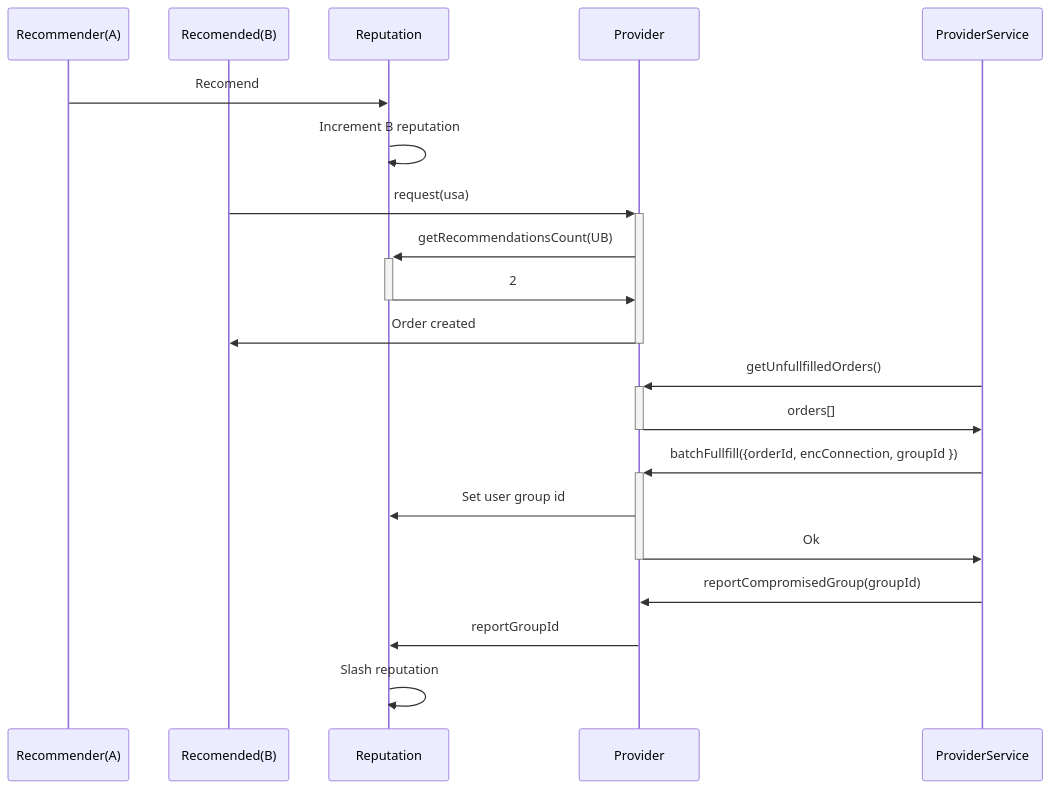
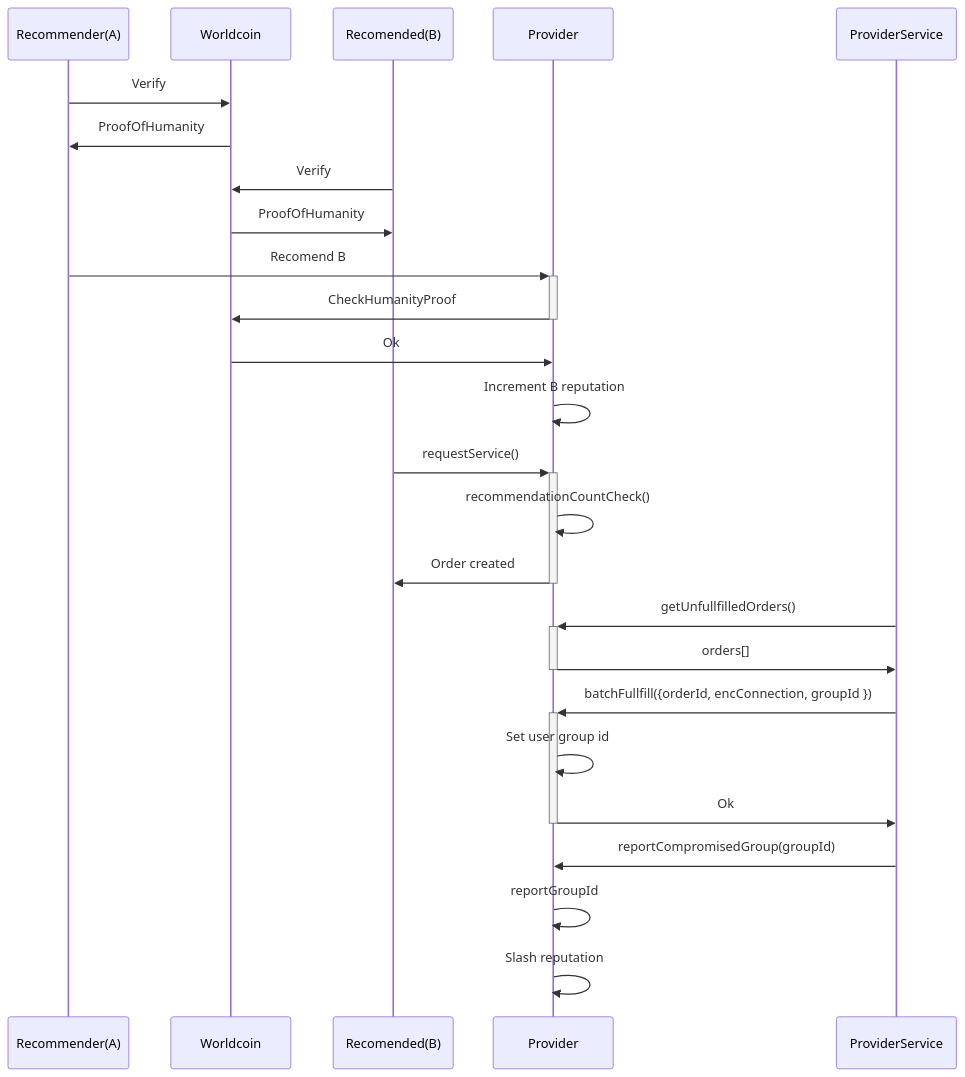
The diagram in README.md (francoperez03/hackathon-aleph-2025), drawn with Mermaid before and after one commit. The commit also changed other lines of this file, not shown here.

````diff
--- a/README.md
+++ b/README.md
@@ -16,27 +16,33 @@
 ```mermaid
 sequenceDiagram
     participant UA as Recommender(A)
+    participant W as Worldcoin
     participant UB as Recomended(B)
-    participant R as Reputation
     participant P as Provider
     participant PS as ProviderService
 
-    UA->>R: Recomend
-    R->>R: Increment B reputation
+    UA->>W: Verify
+    W->>UA: ProofOfHumanity
+    UB->>W: Verify
+    W->>UB: ProofOfHumanity
+    
+    UA->>+P: Recomend B
+    P->>-W: CheckHumanityProof
+    W->>P: Ok
+    P->>P: Increment B reputation
 
-    UB ->>+ P: request(usa)
-    P ->>+ R: getRecommendationsCount(UB)
-    R ->>- P: 2
+    UB ->>+ P: requestService()
+    P ->> P: recommendationCountCheck()
     P ->>- UB: Order created
 
     PS ->>+ P: getUnfullfilledOrders()
     P ->>- PS: orders[]
 
     PS ->>+ P: batchFullfill({orderId, encConnection, groupId })
-    P ->> R: Set user group id
+    P ->> P: Set user group id
     P ->>- PS: Ok
 
     PS ->> P: reportCompromisedGroup(groupId)
-    P->>R: reportGroupId
-    R->>R: Slash reputation
+    P->>P: reportGroupId
+    P->>P: Slash reputation
 ```
````
